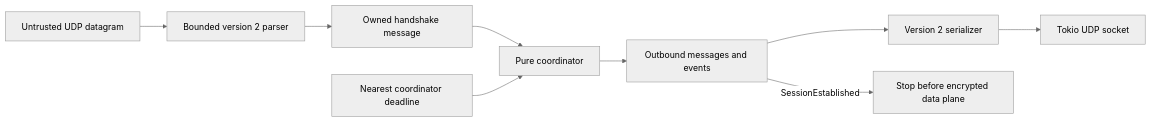
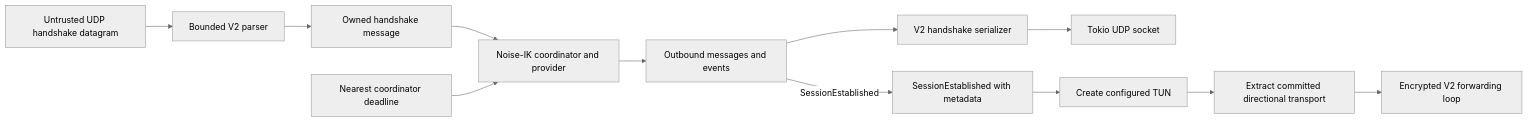
The seventh of 10 diagrams in docs/diagrams.md (thiennguyen56/crabnet), drawn with Mermaid (neutral theme) before and after one commit. The commit also changed other lines of this file and 23 other files, not shown here.

Commit message:
add implementation for data plane v2

````diff
--- a/docs/diagrams.md
+++ b/docs/diagrams.md
@@ -249,16 +237,20 @@
 ```mermaid
 flowchart LR
-    Datagram[Untrusted UDP datagram]
-    Parser[Bounded version 2 parser]
+    Datagram[Untrusted UDP handshake datagram]
+    Parser[Bounded V2 parser]
     Message[Owned handshake message]
-    Coordinator[Pure coordinator]
+    Coordinator[Noise-IK coordinator and provider]
     Report[Outbound messages and events]
-    Serializer[Version 2 serializer]
+    Serializer[V2 handshake serializer]
     Socket[Tokio UDP socket]
     Deadline[Nearest coordinator deadline]
-    Stop[Stop before encrypted data plane]
+    Established[SessionEstablished with metadata]
+    Tun[Create configured TUN]
+    Transport[Extract committed directional transport]
+    DataRuntime[Encrypted V2 forwarding loop]
 
     Datagram --> Parser --> Message --> Coordinator --> Report --> Serializer --> Socket
     Deadline --> Coordinator
-    Report -->|SessionEstablished| Stop
+    Report -->|SessionEstablished| Established
+    Established --> Tun --> Transport --> DataRuntime
 ```
````
